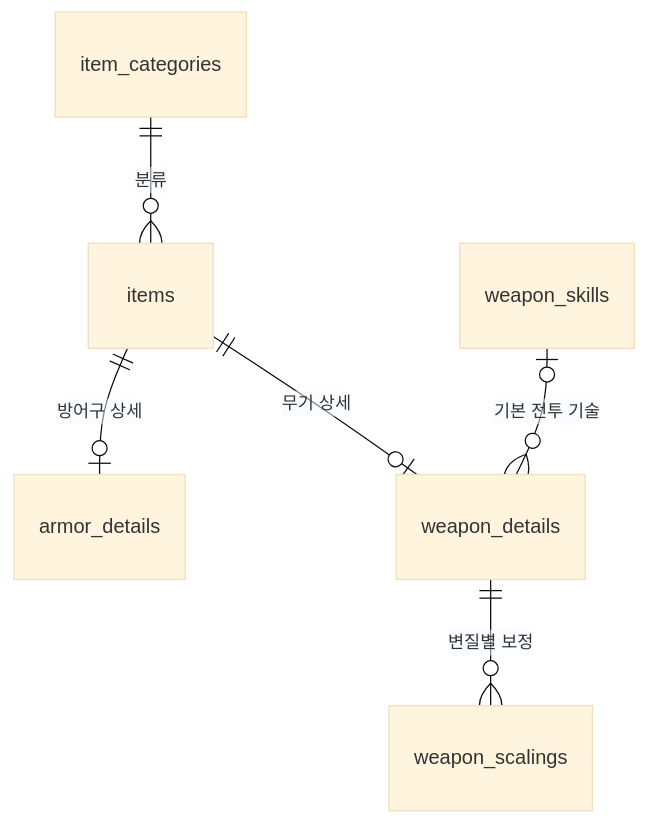
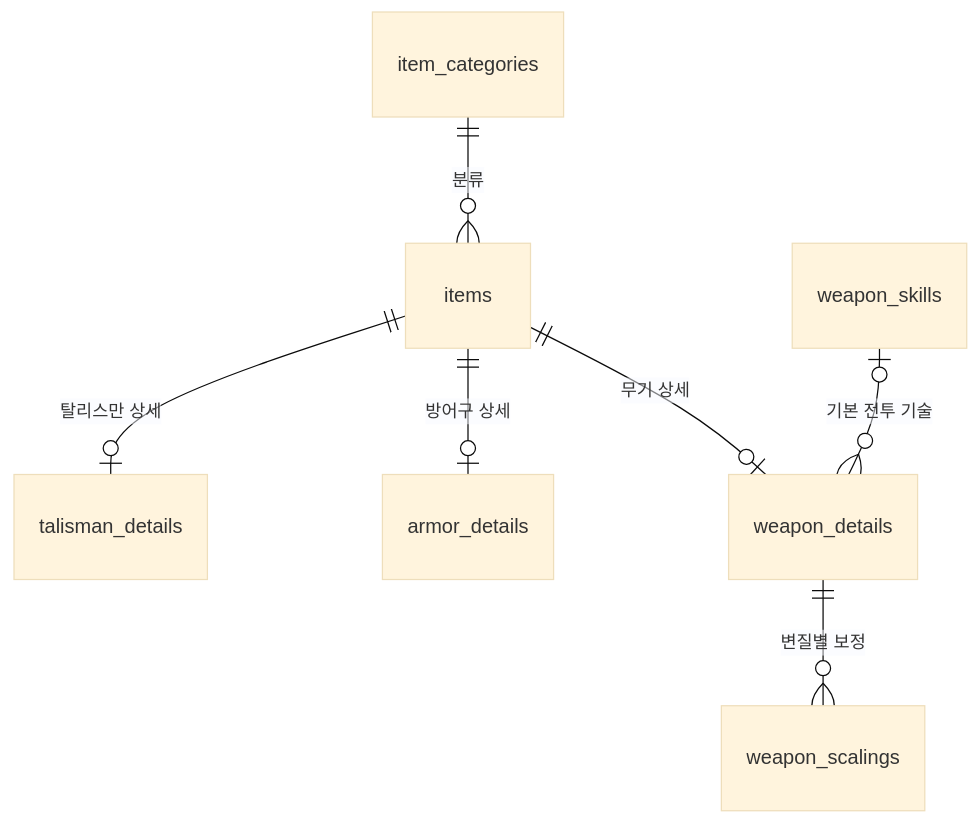
Before and after one commit to qpow1018/elden-wiki: the diagram in docs/DATABASE.md, drawn with Mermaid (base theme). The commit also changed other lines of this file and 6 other files, not shown here.

````diff
--- a/docs/DATABASE.md
+++ b/docs/DATABASE.md
@@ -34,8 +34,9 @@
 ```mermaid
 erDiagram
   item_categories ||--o{ items : "분류"
+  items ||--o| talisman_details : "탈리스만 상세"
   items ||--o| armor_details : "방어구 상세"
   items ||--o| weapon_details : "무기 상세"
   weapon_skills o|--o{ weapon_details : "기본 전투 기술"
   weapon_details ||--o{ weapon_scalings : "변질별 보정"
 ```
````
